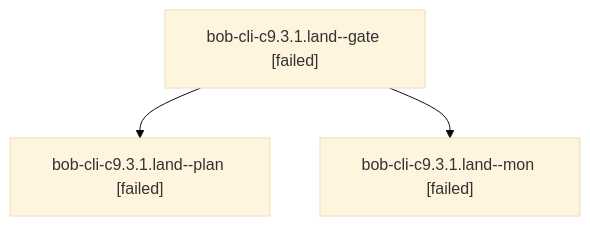
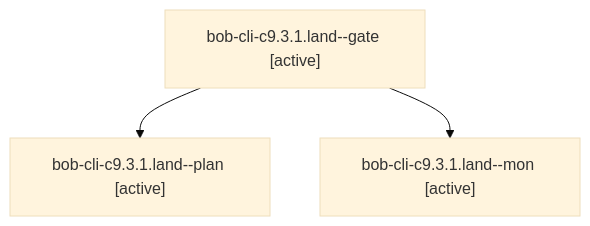
The diagram in sessions/bbugyi200.athena.bob-cli-c9.3.1.land.md (bobs-org/bob-cli--agents), drawn with Mermaid (base theme) before and after one commit. The commit also changed other lines of this file and 107 other files, not shown here.

````diff
--- a/sessions/bbugyi200.athena.bob-cli-c9.3.1.land.md
+++ b/sessions/bbugyi200.athena.bob-cli-c9.3.1.land.md
@@ -9,8 +9,8 @@
 ```mermaid
 flowchart TD
-  n0["bob-cli-c9.3.1.land--gate [failed]"]
-  n1["bob-cli-c9.3.1.land--plan [failed]"]
+  n0["bob-cli-c9.3.1.land--gate [active]"]
+  n1["bob-cli-c9.3.1.land--plan [active]"]
   n0 --> n1
-  n2["bob-cli-c9.3.1.land--mon [failed]"]
+  n2["bob-cli-c9.3.1.land--mon [active]"]
   n0 --> n2
 ```
````
